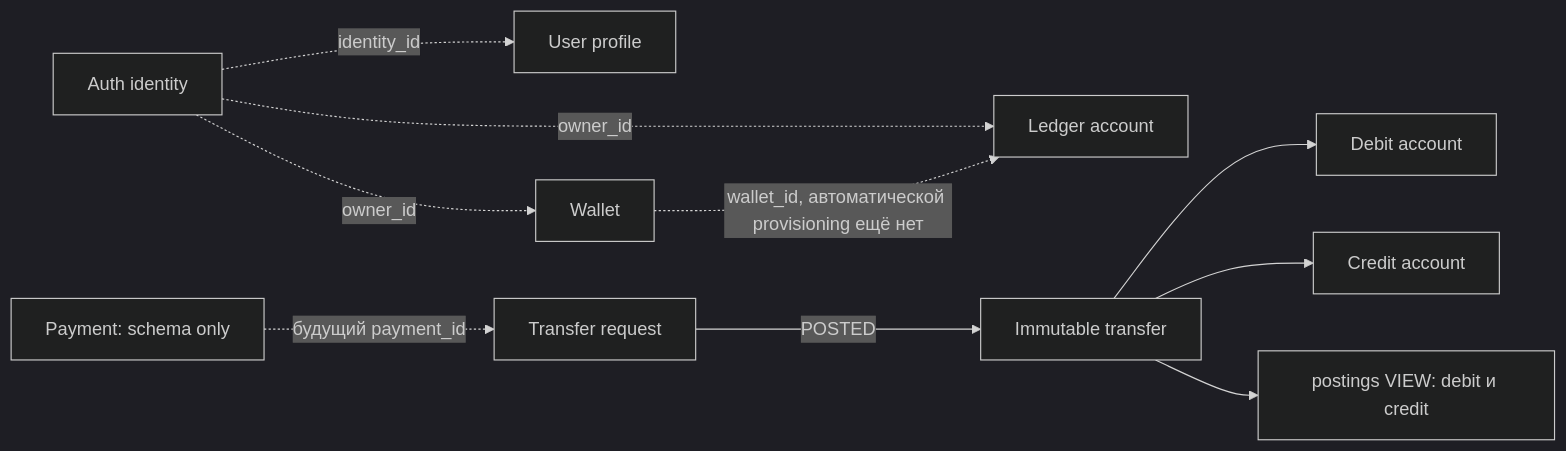
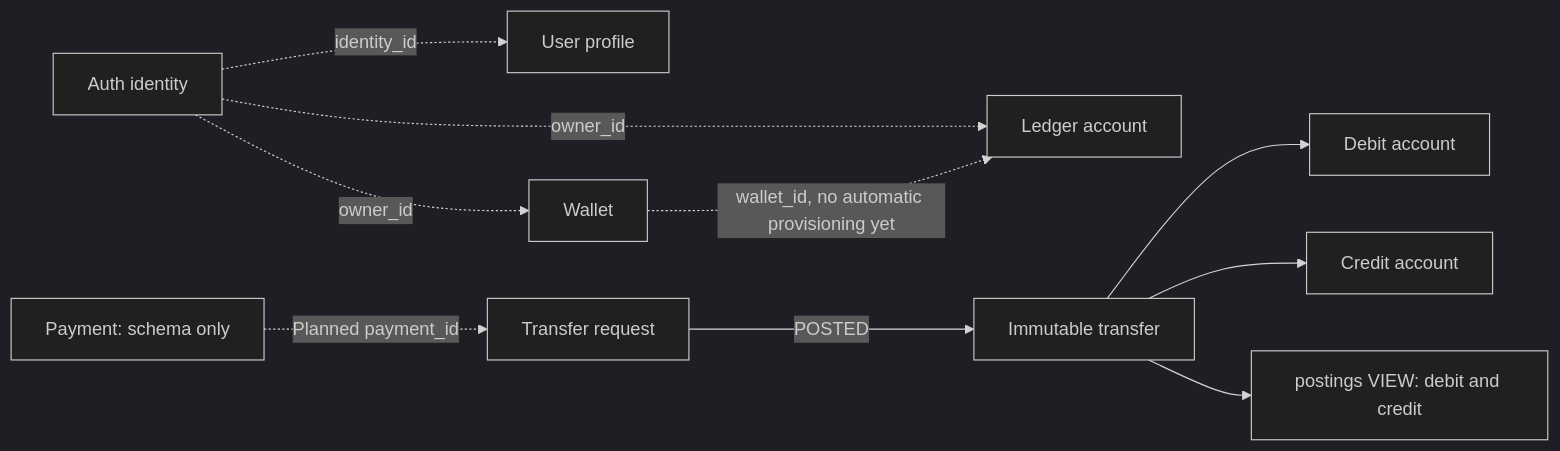
One commit to aarbabaev/ArMoney changed the fifth of 11 diagrams in ARCHITECTURE.md. Above: the diagram before and after it, drawn with Mermaid (dark theme). The commit also changed other lines of this file and 6 other files, not shown here.

Commit message:
Use English architecture documentation and neutral product descriptions

````diff
--- a/ARCHITECTURE.md
+++ b/ARCHITECTURE.md
@@ -170,12 +171,12 @@
 ```mermaid
 flowchart LR
     ID["Auth identity"] -. "identity_id" .-> PROFILE["User profile"]
     ID -. "owner_id" .-> W["Wallet"]
     ID -. "owner_id" .-> A["Ledger account"]
-    W -. "wallet_id, автоматической provisioning ещё нет" .-> A
-    P["Payment: schema only"] -. "будущий payment_id" .-> R["Transfer request"]
+    W -. "wallet_id, no automatic provisioning yet" .-> A
+    P["Payment: schema only"] -. "Planned payment_id" .-> R["Transfer request"]
     R -->|"POSTED"| T["Immutable transfer"]
     T --> D["Debit account"]
     T --> C["Credit account"]
-    T --> V["postings VIEW: debit и credit"]
+    T --> V["postings VIEW: debit and credit"]
 ```
````
